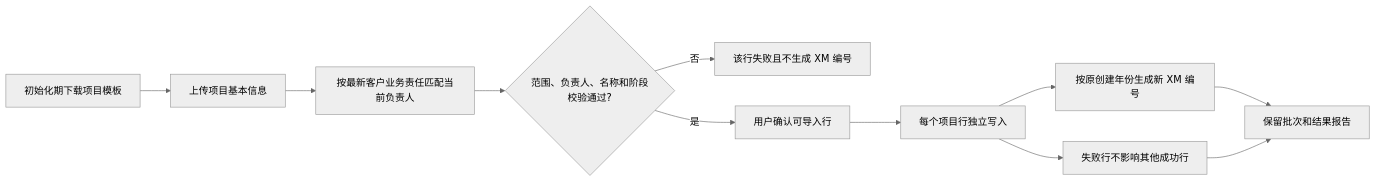
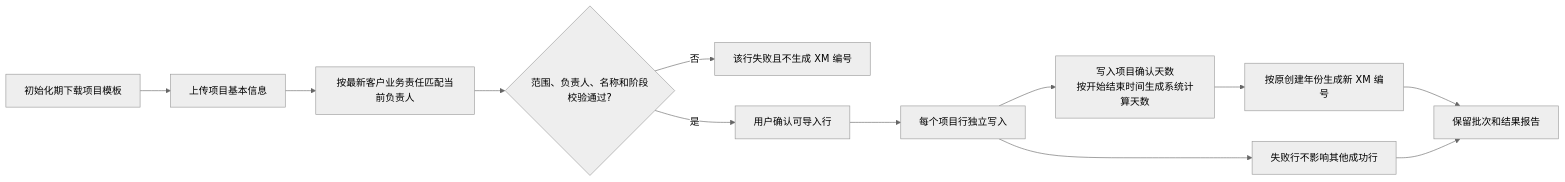
One commit to Joker-1030/Yingjia-Internal-Management-System changed the second of 3 diagrams in prd-workspace/current/user-flows/FLOW-07-M10-import.md. Above: the diagram before and after it, drawn with Mermaid (neutral theme). The commit also changed other lines of this file and 87 other files, not shown here.

````diff
--- a/prd-workspace/current/user-flows/FLOW-07-M10-import.md
+++ b/prd-workspace/current/user-flows/FLOW-07-M10-import.md
@@ -36,13 +36,14 @@
 ```mermaid
 flowchart LR
     P1[初始化期下载项目模板] --> P2[上传项目基本信息]
     P2 --> P3[按最新客户业务责任匹配当前负责人]
     P3 --> P4{范围、负责人、名称和阶段校验通过?}
     P4 -- 否 --> P5[该行失败且不生成 XM 编号]
     P4 -- 是 --> P6[用户确认可导入行]
     P6 --> P7[每个项目行独立写入]
-    P7 --> P8[按原创建年份生成新 XM 编号]
+    P7 --> P7A[写入项目确认天数<br/>按开始结束时间生成系统计算天数]
+    P7A --> P8[按原创建年份生成新 XM 编号]
     P7 --> P9[失败行不影响其他成功行]
     P8 --> P10[保留批次和结果报告]
     P9 --> P10
 ```
````
